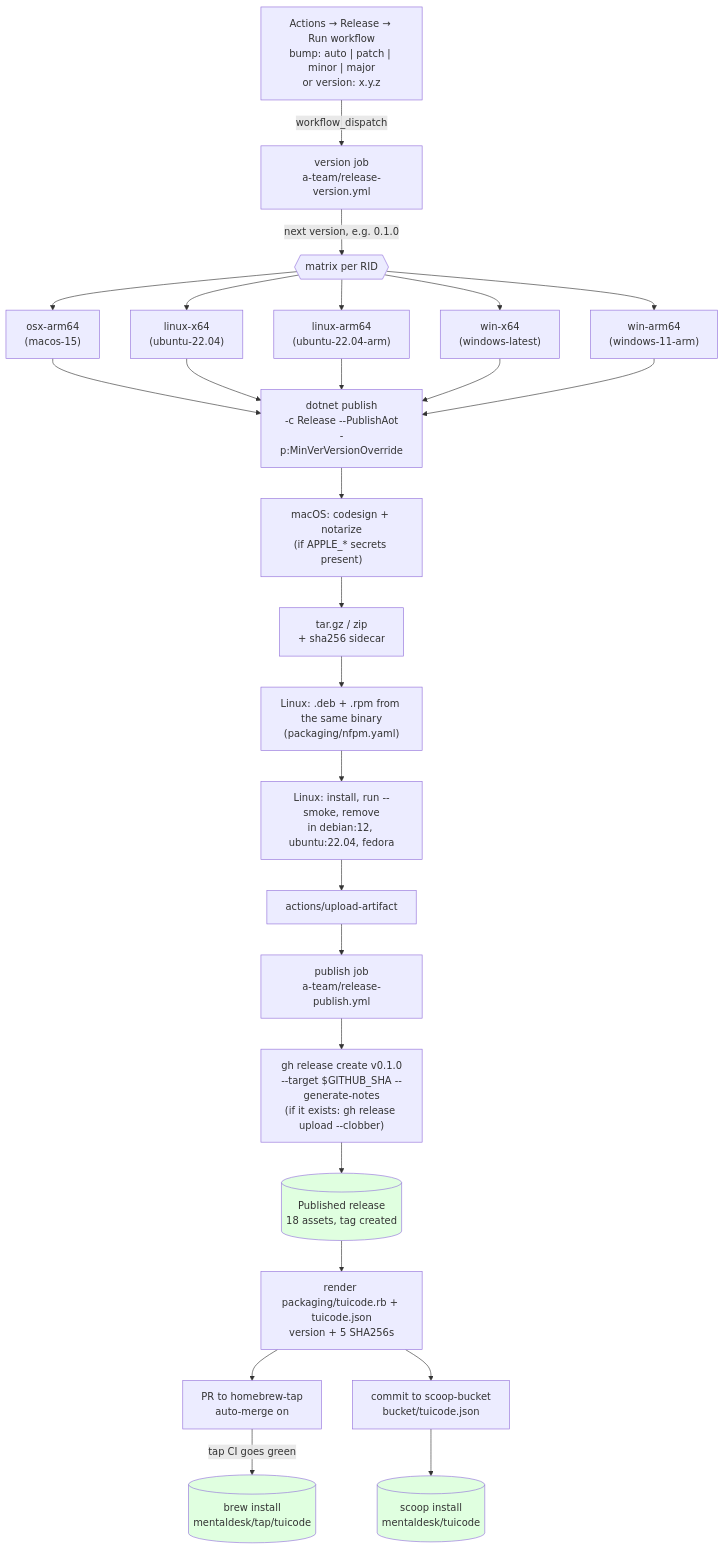
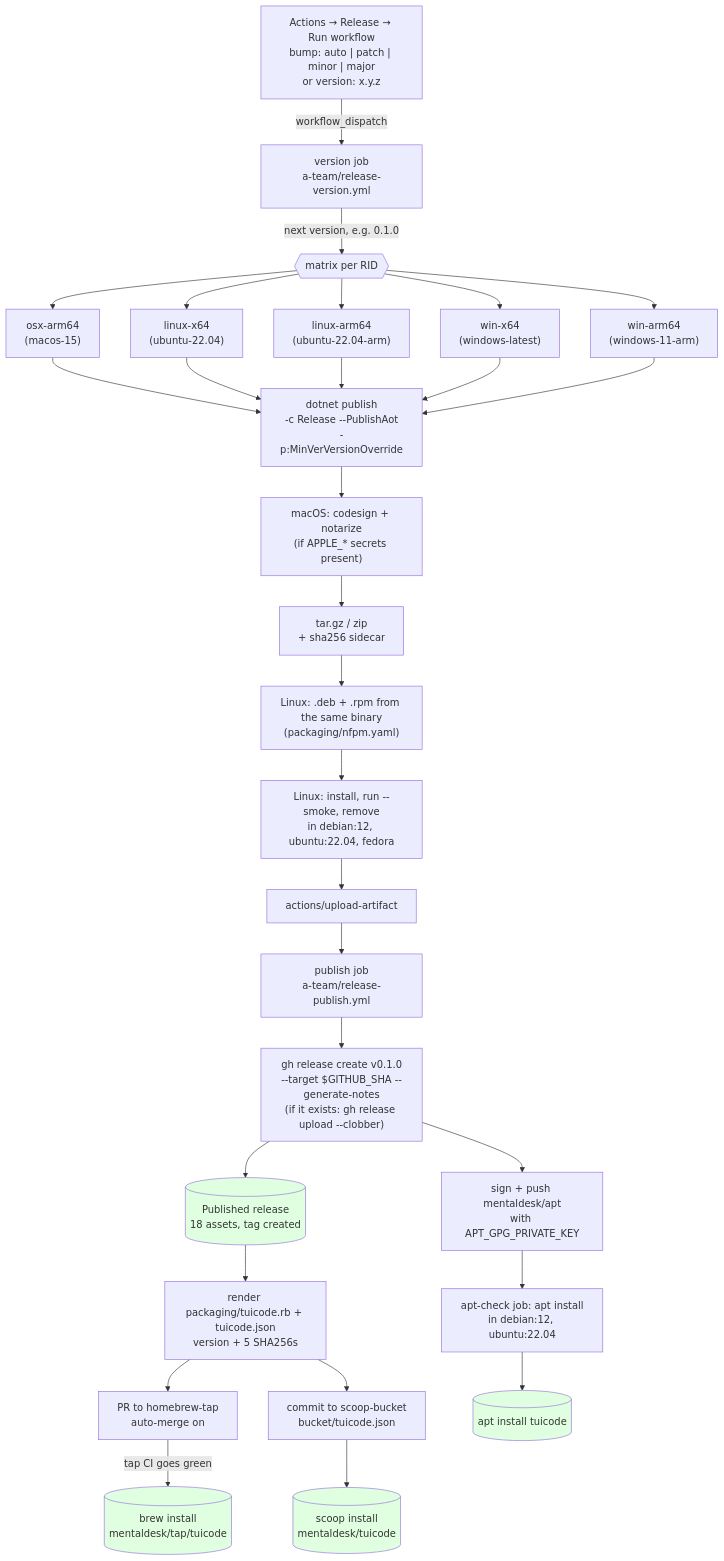
One commit to mentaldesk/TuiCode changed the first of 2 diagrams in CONTRIBUTING.md. Above: the diagram before and after it, drawn with Mermaid. The commit also changed other lines of this file and 4 other files, not shown here.

````diff
--- a/CONTRIBUTING.md
+++ b/CONTRIBUTING.md
@@ -30,37 +30,41 @@
 ```mermaid
 flowchart TD
     Click["Actions → Release → Run workflow<br/>bump: auto | patch | minor | major<br/>or version: x.y.z"]
     Click -->|workflow_dispatch| Version["version job<br/>a-team/release-version.yml"]
     Version -->|"next version, e.g. 0.1.0"| Matrix{{"matrix per RID"}}
 
     Matrix --> A["osx-arm64<br/>(macos-15)"]
     Matrix --> B["linux-x64<br/>(ubuntu-22.04)"]
     Matrix --> C["linux-arm64<br/>(ubuntu-22.04-arm)"]
     Matrix --> D["win-x64<br/>(windows-latest)"]
     Matrix --> E["win-arm64<br/>(windows-11-arm)"]
 
     A --> Publish["dotnet publish<br/>-c Release --PublishAot<br/>-p:MinVerVersionOverride"]
     B --> Publish
     C --> Publish
     D --> Publish
     E --> Publish
 
     Publish --> Sign["macOS: codesign + notarize<br/>(if APPLE_* secrets present)"]
     Sign --> Archive["tar.gz / zip<br/>+ sha256 sidecar"]
     Archive --> Packages["Linux: .deb + .rpm from the same binary<br/>(packaging/nfpm.yaml)"]
     Packages --> Smoke["Linux: install, run --smoke, remove<br/>in debian:12, ubuntu:22.04, fedora"]
     Smoke --> Upload["actions/upload-artifact"]
 
     Upload --> Pub["publish job<br/>a-team/release-publish.yml"]
     Pub --> Tag["gh release create v0.1.0<br/>--target $GITHUB_SHA --generate-notes<br/>(if it exists: gh release upload --clobber)"]
     Tag --> Public[("Published release<br/>18 assets, tag created")]
     Public --> Render["render packaging/tuicode.rb + tuicode.json<br/>version + 5 SHA256s"]
     Render --> TapPR["PR to homebrew-tap<br/>auto-merge on"]
     TapPR -->|tap CI goes green| Brew[("brew install<br/>mentaldesk/tap/tuicode")]
     Render --> Bucket["commit to scoop-bucket<br/>bucket/tuicode.json"]
     Bucket --> Scoop[("scoop install<br/>mentaldesk/tuicode")]
+    Tag --> Apt["sign + push mentaldesk/apt<br/>with APT_GPG_PRIVATE_KEY"]
+    Apt --> AptCheck["apt-check job: apt install<br/>in debian:12, ubuntu:22.04"]
+    AptCheck --> AptUser[("apt install tuicode")]
 
     style Public fill:#e0ffe0
     style Brew fill:#e0ffe0
     style Scoop fill:#e0ffe0
+    style AptUser fill:#e0ffe0
 ```
````
